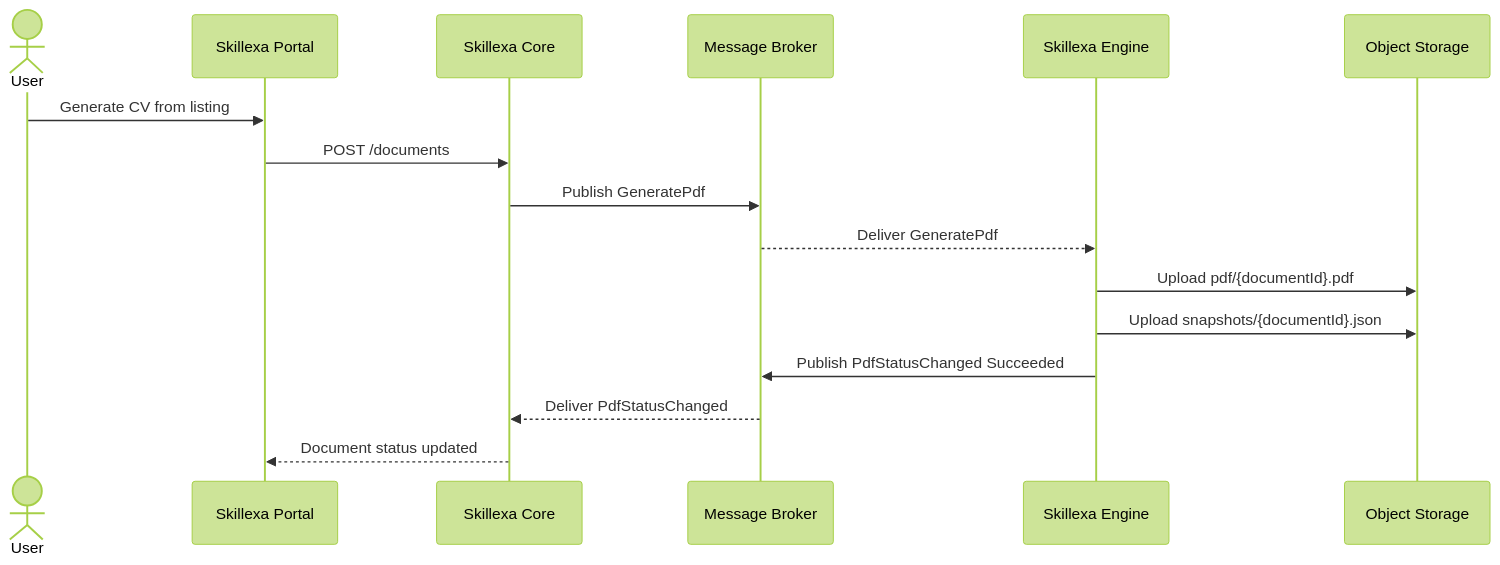
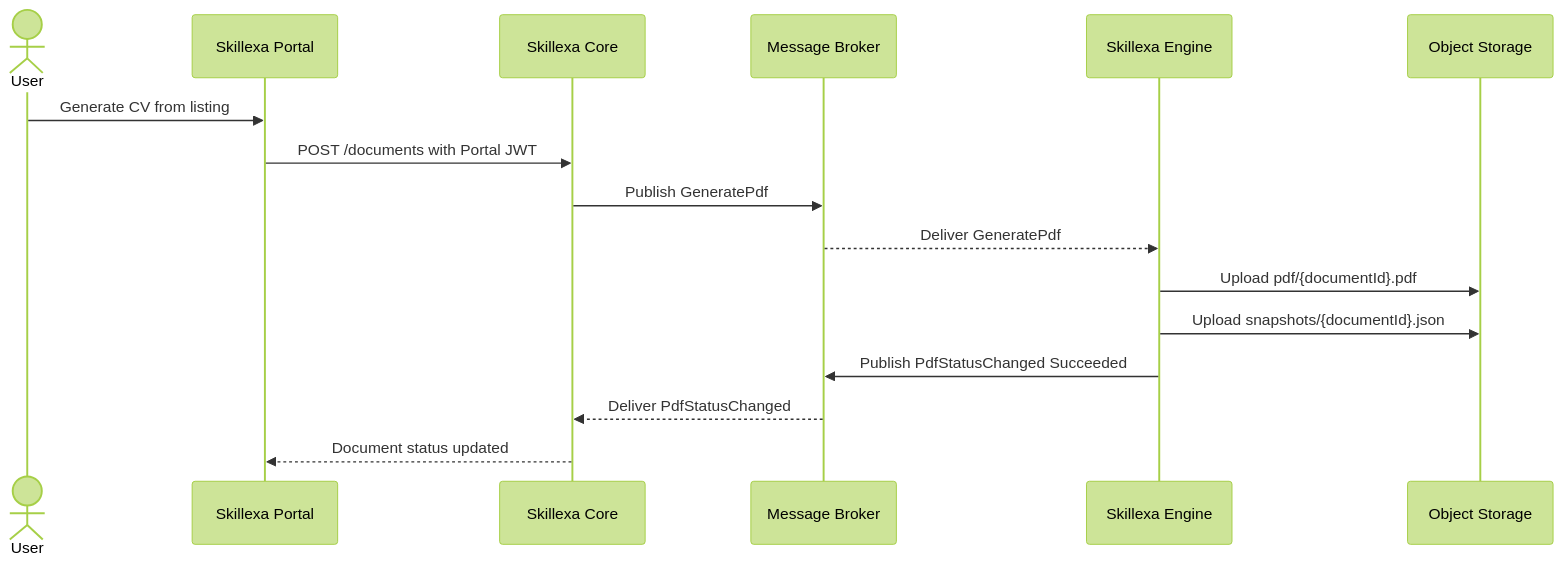
Before and after one commit to IXvlad-EU/Skillexa: the diagram in docs/diagrams/sequence-diagram.md, drawn with Mermaid (forest theme). The commit also changed 62 other files, not shown here.

````diff
--- a/docs/diagrams/sequence-diagram.md
+++ b/docs/diagrams/sequence-diagram.md
@@ -1,20 +1,20 @@
 ```mermaid
 sequenceDiagram
 
     actor User
     participant Portal as Skillexa Portal
     participant Core as Skillexa Core
     participant Broker as Message Broker
     participant Engine as Skillexa Engine
     participant Storage as Object Storage
 
     User->>Portal: Generate CV from listing
-    Portal->>Core: POST /documents
+    Portal->>Core: POST /documents with Portal JWT
     Core->>Broker: Publish GeneratePdf
     Broker-->>Engine: Deliver GeneratePdf
     Engine->>Storage: Upload pdf/{documentId}.pdf
     Engine->>Storage: Upload snapshots/{documentId}.json
     Engine->>Broker: Publish PdfStatusChanged Succeeded
     Broker-->>Core: Deliver PdfStatusChanged
     Core-->>Portal: Document status updated
 ```
````
